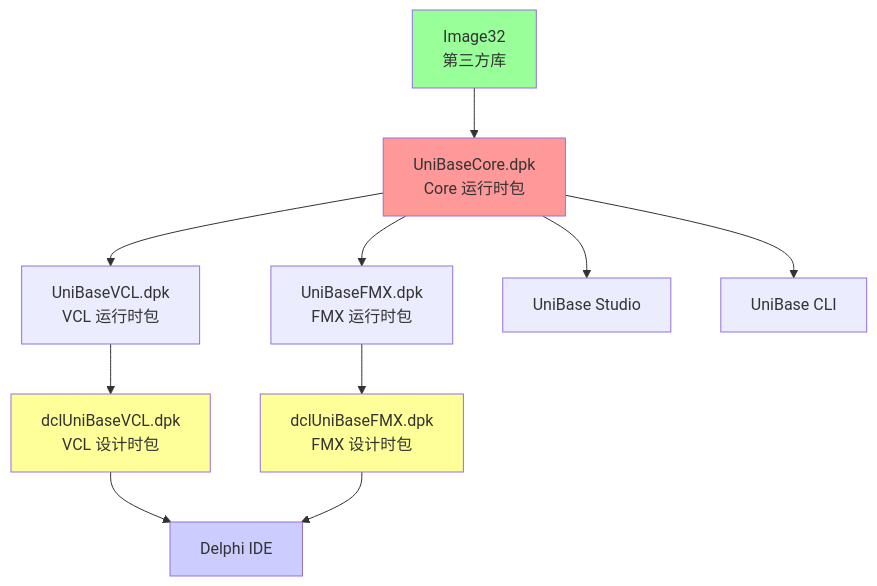
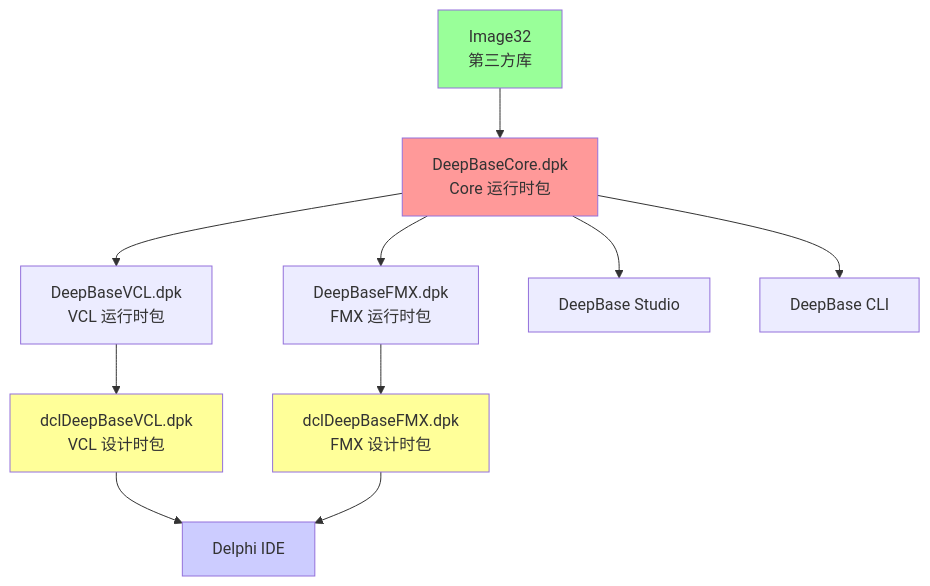
Before and after one commit to DeepKit/DeepBase: the fifth of 5 diagrams in docs/ui/01-Architecture-Overview.md, drawn with Mermaid. The commit also changed other lines of this file and 1572 other files, not shown here.

First line of the commit message:
refactor: rename UniBase -> DeepBase, fix compilation errors

````diff
--- a/docs/ui/01-Architecture-Overview.md
+++ b/docs/ui/01-Architecture-Overview.md
@@ -187,24 +187,24 @@
 ```mermaid
 graph TD
     Image32["Image32<br/>第三方库"]
     
-    Image32 --> UniBaseCore["UniBaseCore.dpk<br/>Core 运行时包"]
+    Image32 --> DeepBaseCore["DeepBaseCore.dpk<br/>Core 运行时包"]
     
-    UniBaseCore --> UniBaseVCL["UniBaseVCL.dpk<br/>VCL 运行时包"]
-    UniBaseCore --> UniBaseFMX["UniBaseFMX.dpk<br/>FMX 运行时包"]
+    DeepBaseCore --> DeepBaseVCL["DeepBaseVCL.dpk<br/>VCL 运行时包"]
+    DeepBaseCore --> DeepBaseFMX["DeepBaseFMX.dpk<br/>FMX 运行时包"]
     
-    UniBaseVCL --> dclUniBaseVCL["dclUniBaseVCL.dpk<br/>VCL 设计时包"]
-    UniBaseFMX --> dclUniBaseFMX["dclUniBaseFMX.dpk<br/>FMX 设计时包"]
+    DeepBaseVCL --> dclDeepBaseVCL["dclDeepBaseVCL.dpk<br/>VCL 设计时包"]
+    DeepBaseFMX --> dclDeepBaseFMX["dclDeepBaseFMX.dpk<br/>FMX 设计时包"]
     
-    UniBaseCore --> Studio["UniBase Studio"]
-    UniBaseCore --> CLI["UniBase CLI"]
+    DeepBaseCore --> Studio["DeepBase Studio"]
+    DeepBaseCore --> CLI["DeepBase CLI"]
     
-    dclUniBaseVCL --> DelphinIDE["Delphi IDE"]
-    dclUniBaseFMX --> DelphinIDE
+    dclDeepBaseVCL --> DelphinIDE["Delphi IDE"]
+    dclDeepBaseFMX --> DelphinIDE
     
     style Image32 fill:#99ff99
-    style UniBaseCore fill:#ff9999
-    style dclUniBaseVCL fill:#ffff99
-    style dclUniBaseFMX fill:#ffff99
+    style DeepBaseCore fill:#ff9999
+    style dclDeepBaseVCL fill:#ffff99
+    style dclDeepBaseFMX fill:#ffff99
     style DelphinIDE fill:#ccccff
 ```
````
